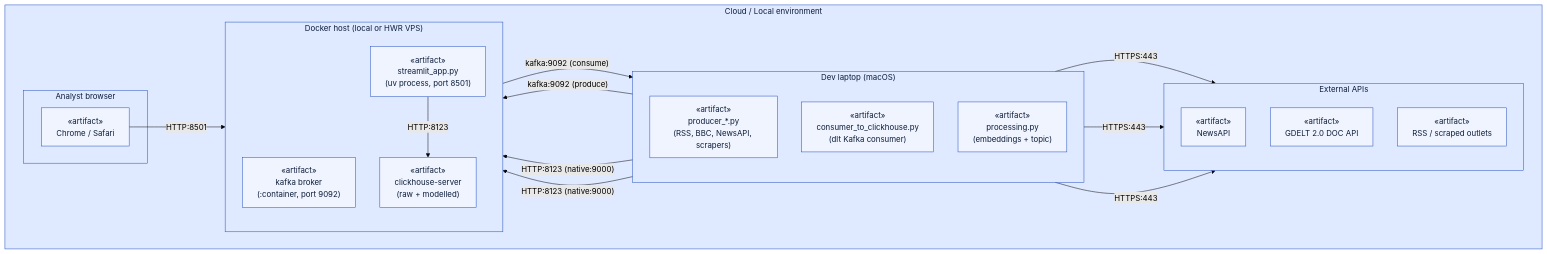
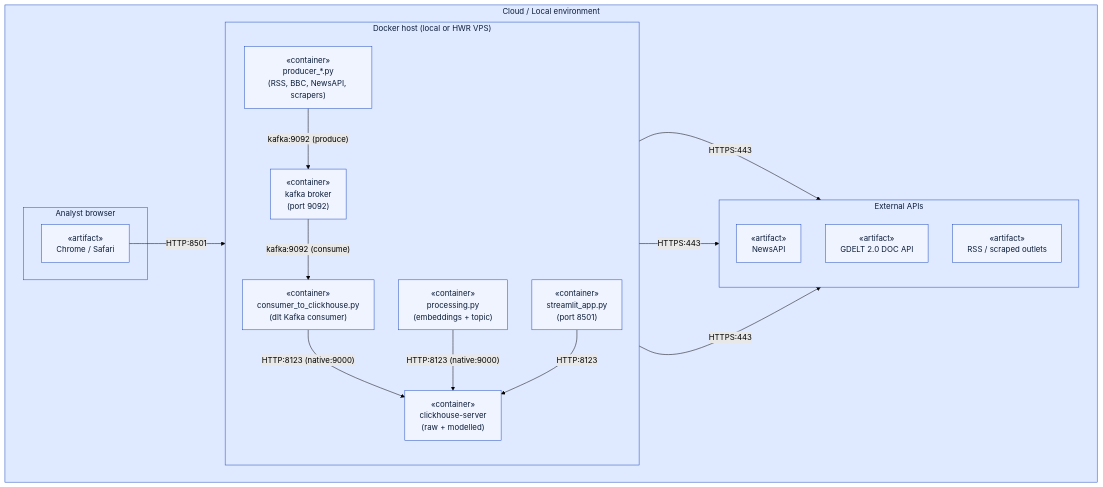
The third of 3 diagrams in docs/architecture/03-system-design-diagrams.md (njaltran/news-intelligence-platform), drawn with Mermaid (forest theme) before and after one commit. The commit also changed other lines of this file, not shown here.

Commit message:
Dockerize ingestion/processing artifacts in deployment diagram
Drop the dev-laptop node; producers, dlt Kafka consumer, and
processing.py now sit alongside Kafka, ClickHouse, and Streamlit
as containers on a single Docker host. Also drop the unused
P3 -> P4 enriched-rows edge from the data flow diagram.

````diff
--- a/docs/architecture/03-system-design-diagrams.md
+++ b/docs/architecture/03-system-design-diagrams.md
@@ -105,46 +104,42 @@
 ```mermaid
 flowchart LR
     subgraph ENV ["Cloud / Local environment"]
         direction LR
 
-        subgraph DEV ["Dev laptop (macOS)"]
-            direction TB
-            ART_PRODS["«artifact»<br/>producer_*.py<br/>(RSS, BBC, NewsAPI, scrapers)"]
-            ART_CONS["«artifact»<br/>consumer_to_clickhouse.py<br/>(dlt Kafka consumer)"]
-            ART_PROC["«artifact»<br/>processing.py<br/>(embeddings + topic)"]
-        end
-
         subgraph DOCKER ["Docker host (local or HWR VPS)"]
             direction TB
-            ART_KAFKA["«artifact»<br/>kafka broker<br/>(:container, port 9092)"]
-            ART_CH["«artifact»<br/>clickhouse-server<br/>(raw + modelled)"]
-            ART_STREAMLIT["«artifact»<br/>streamlit_app.py<br/>(uv process, port 8501)"]
+            ART_PRODS["«container»<br/>producer_*.py<br/>(RSS, BBC, NewsAPI, scrapers)"]
+            ART_CONS["«container»<br/>consumer_to_clickhouse.py<br/>(dlt Kafka consumer)"]
+            ART_PROC["«container»<br/>processing.py<br/>(embeddings + topic)"]
+            ART_KAFKA["«container»<br/>kafka broker<br/>(port 9092)"]
+            ART_CH["«container»<br/>clickhouse-server<br/>(raw + modelled)"]
+            ART_STREAMLIT["«container»<br/>streamlit_app.py<br/>(port 8501)"]
         end
 
         subgraph EXTAPI ["External APIs"]
             direction TB
             ART_NEWS["«artifact»<br/>NewsAPI"]
             ART_GDELT["«artifact»<br/>GDELT 2.0 DOC API"]
             ART_RSS["«artifact»<br/>RSS / scraped outlets"]
         end
 
         subgraph CLIENT ["Analyst browser"]
             ART_BROWSER["«artifact»<br/>Chrome / Safari"]
         end
     end
 
     ART_PRODS -- "HTTPS:443" --> ART_NEWS
     ART_PRODS -- "HTTPS:443" --> ART_GDELT
     ART_PRODS -- "HTTPS:443" --> ART_RSS
     ART_PRODS -- "kafka:9092 (produce)" --> ART_KAFKA
     ART_KAFKA -- "kafka:9092 (consume)" --> ART_CONS
     ART_CONS  -- "HTTP:8123 (native:9000)" --> ART_CH
     ART_PROC  -- "HTTP:8123 (native:9000)" --> ART_CH
     ART_STREAMLIT -- "HTTP:8123" --> ART_CH
     ART_BROWSER -- "HTTP:8501" --> ART_STREAMLIT
 
     classDef node fill:#dfe9ff,stroke:#1f4cbf,color:#0c1d3a;
     classDef art fill:#f0f4ff,stroke:#1f4cbf,color:#0c1d3a;
-    class DEV,DOCKER,EXTAPI,CLIENT,ENV node;
+    class DOCKER,EXTAPI,CLIENT,ENV node;
     class ART_PRODS,ART_CONS,ART_PROC,ART_KAFKA,ART_CH,ART_STREAMLIT,ART_NEWS,ART_GDELT,ART_RSS,ART_BROWSER art;
 ```
````
